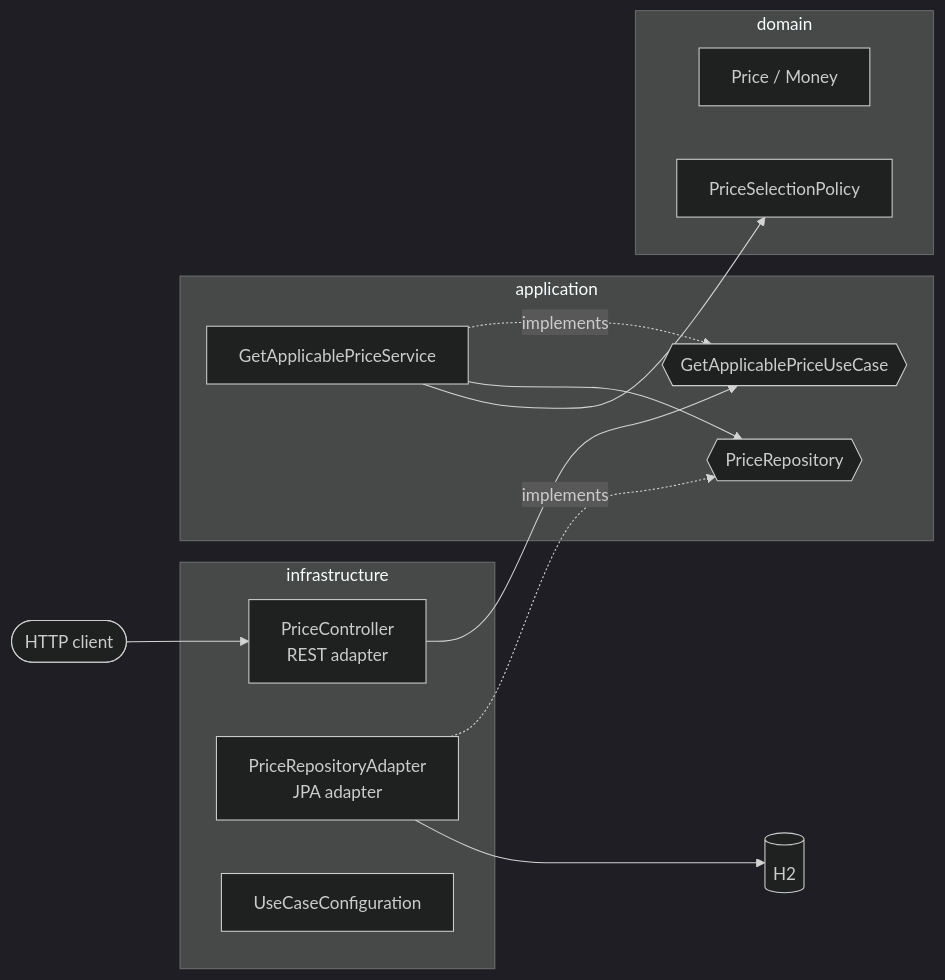
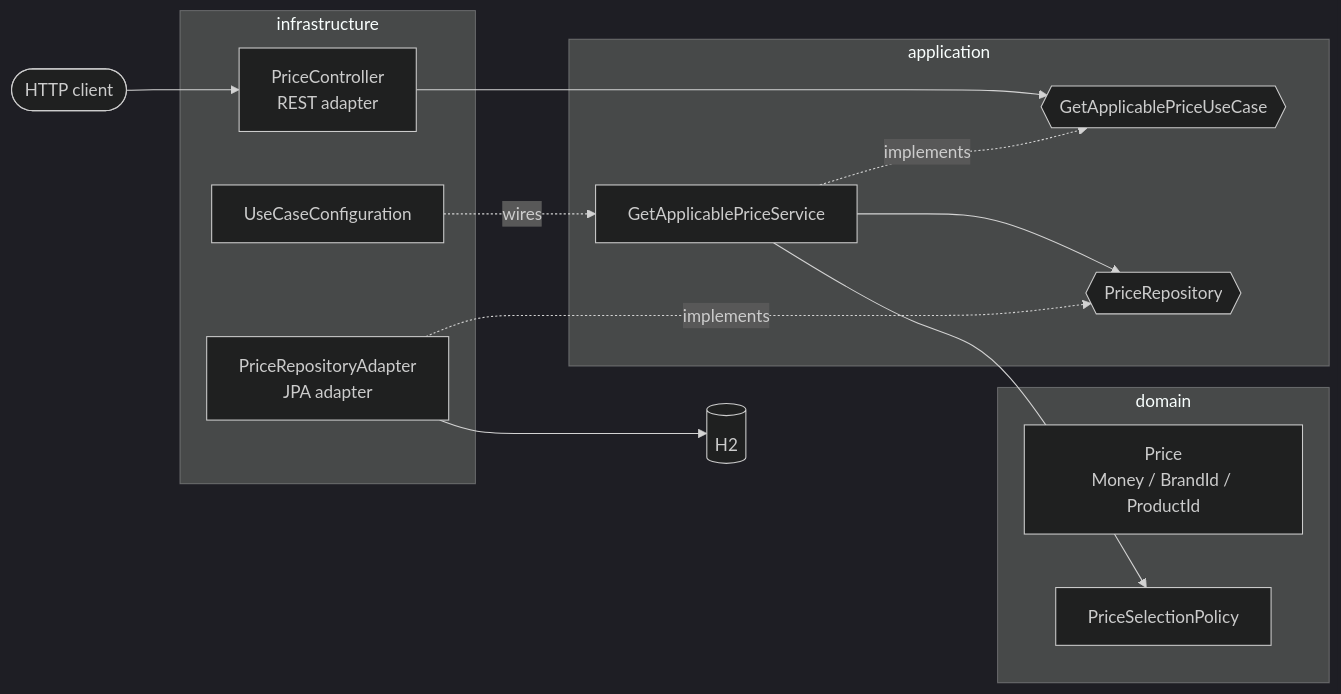
The diagram in README.md (ironStark777/prices-api), drawn with Mermaid (dark theme) before and after one commit. The commit also changed other lines of this file, not shown here.

````diff
--- a/README.md
+++ b/README.md
@@ -85,28 +107,29 @@
 ```mermaid
 flowchart LR
     client([HTTP client]) --> rest
 
     subgraph infrastructure
         rest[PriceController<br/>REST adapter]
         jpa[PriceRepositoryAdapter<br/>JPA adapter]
         config[UseCaseConfiguration]
     end
 
     subgraph application
         inport{{GetApplicablePriceUseCase}}
         service[GetApplicablePriceService]
         outport{{PriceRepository}}
     end
 
     subgraph domain
-        model[Price / Money]
+        model[Price<br/>Money / BrandId / ProductId]
         policy[PriceSelectionPolicy]
     end
 
     rest --> inport
     service -. implements .-> inport
     service --> outport
     service --> policy
     jpa -. implements .-> outport
     jpa --> h2[(H2)]
+    config -. wires .-> service
 ```
````
